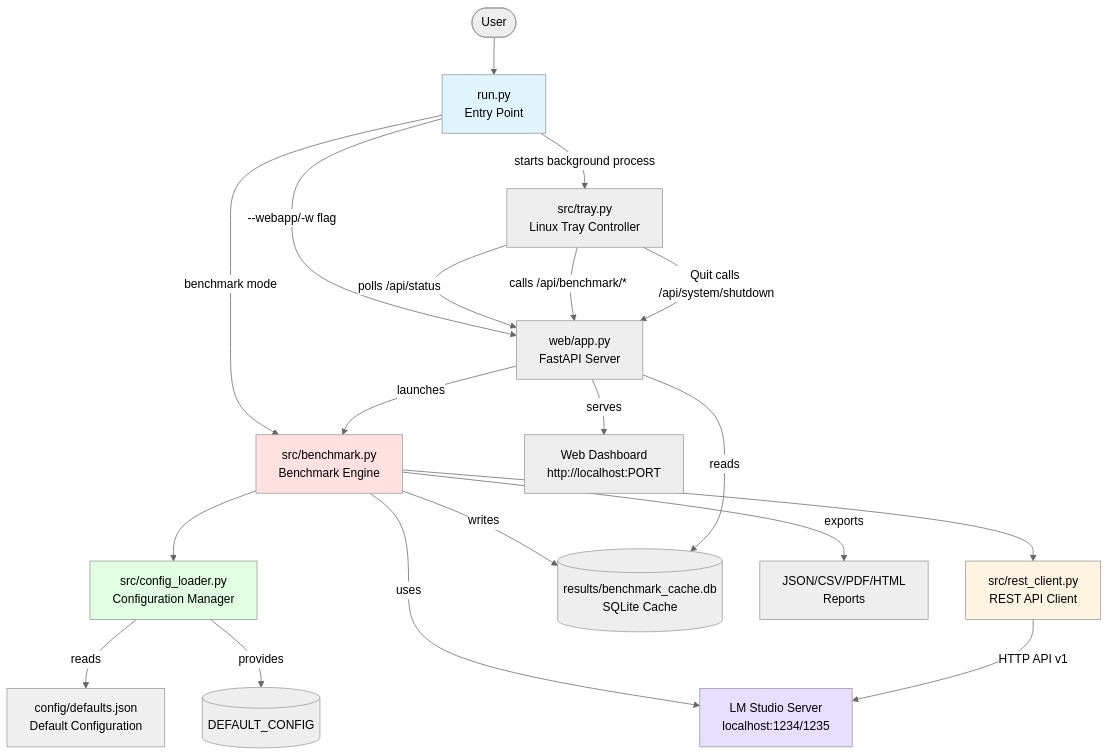
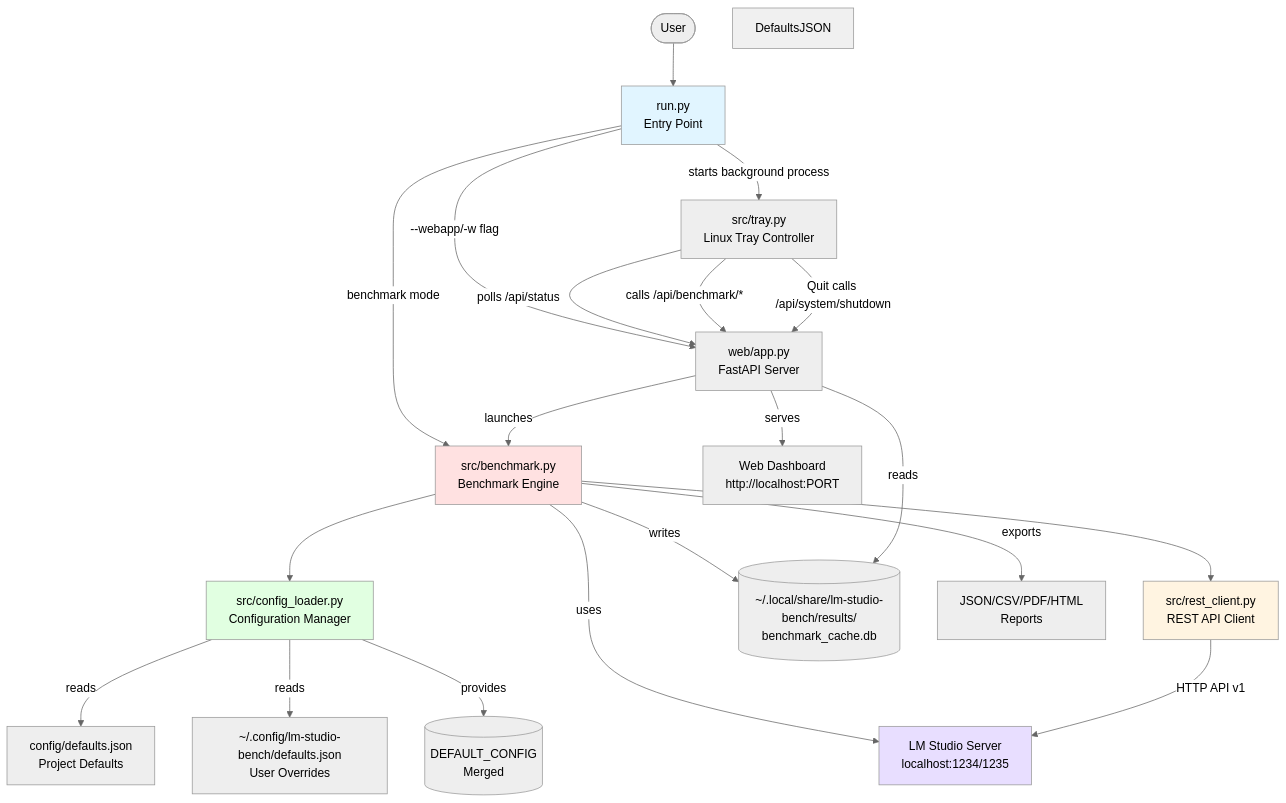
The first of 10 diagrams in docs/ARCHITECTURE.md (Ajimaru/LM-Studio-Bench), drawn with Mermaid (neutral theme) before and after one commit. The commit also changed other lines of this file and 7 other files, not shown here.

````diff
--- a/docs/ARCHITECTURE.md
+++ b/docs/ARCHITECTURE.md
@@ -35,34 +36,35 @@
 ```mermaid
 graph TB
     User([User]) --> RunPy[run.py<br/>Entry Point]
 
     RunPy -->|--webapp/-w flag| WebApp[web/app.py<br/>FastAPI Server]
     RunPy -->|benchmark mode| Benchmark[src/benchmark.py<br/>Benchmark Engine]
     
     Benchmark --> ConfigLoader[src/config_loader.py<br/>Configuration Manager]
     Benchmark --> RestClient[src/rest_client.py<br/>REST API Client]
     
-    ConfigLoader -->|reads| DefaultsJSON[config/defaults.json<br/>Default Configuration]
-    ConfigLoader -->|provides| DefaultConfig[(DEFAULT_CONFIG)]
+    ConfigLoader -->|reads| ProjectConfig[config/defaults.json<br/>Project Defaults]
+    ConfigLoader -->|reads| UserConfig[~/.config/lm-studio-bench/defaults.json<br/>User Overrides]
+    ConfigLoader -->|provides| DefaultConfig[(DEFAULT_CONFIG<br/>Merged)]
     
     Benchmark -->|uses| LMStudio[LM Studio Server<br/>localhost:1234/1235]
     RestClient -->|HTTP API v1| LMStudio
     
-    Benchmark -->|writes| ResultsDB[(results/benchmark_cache.db<br/>SQLite Cache)]
+    Benchmark -->|writes| ResultsDB[(~/.local/share/lm-studio-bench/results/<br/>benchmark_cache.db)]
     Benchmark -->|exports| Reports[JSON/CSV/PDF/HTML<br/>Reports]
     
     WebApp -->|launches| Benchmark
     WebApp -->|reads| ResultsDB
     WebApp -->|serves| Dashboard[Web Dashboard<br/>http://localhost:PORT]
     RunPy -->|starts background process| Tray[src/tray.py<br/>Linux Tray Controller]
     Tray -->|polls /api/status| WebApp
     Tray -->|calls /api/benchmark/*| WebApp
     Tray -->|Quit calls /api/system/shutdown| WebApp
     
     style RunPy fill:#e1f5ff
     style Benchmark fill:#ffe1e1
     style ConfigLoader fill:#e1ffe1
     style RestClient fill:#fff4e1
     style DefaultsJSON fill:#f0f0f0
     style LMStudio fill:#e8deff
 ```
````
